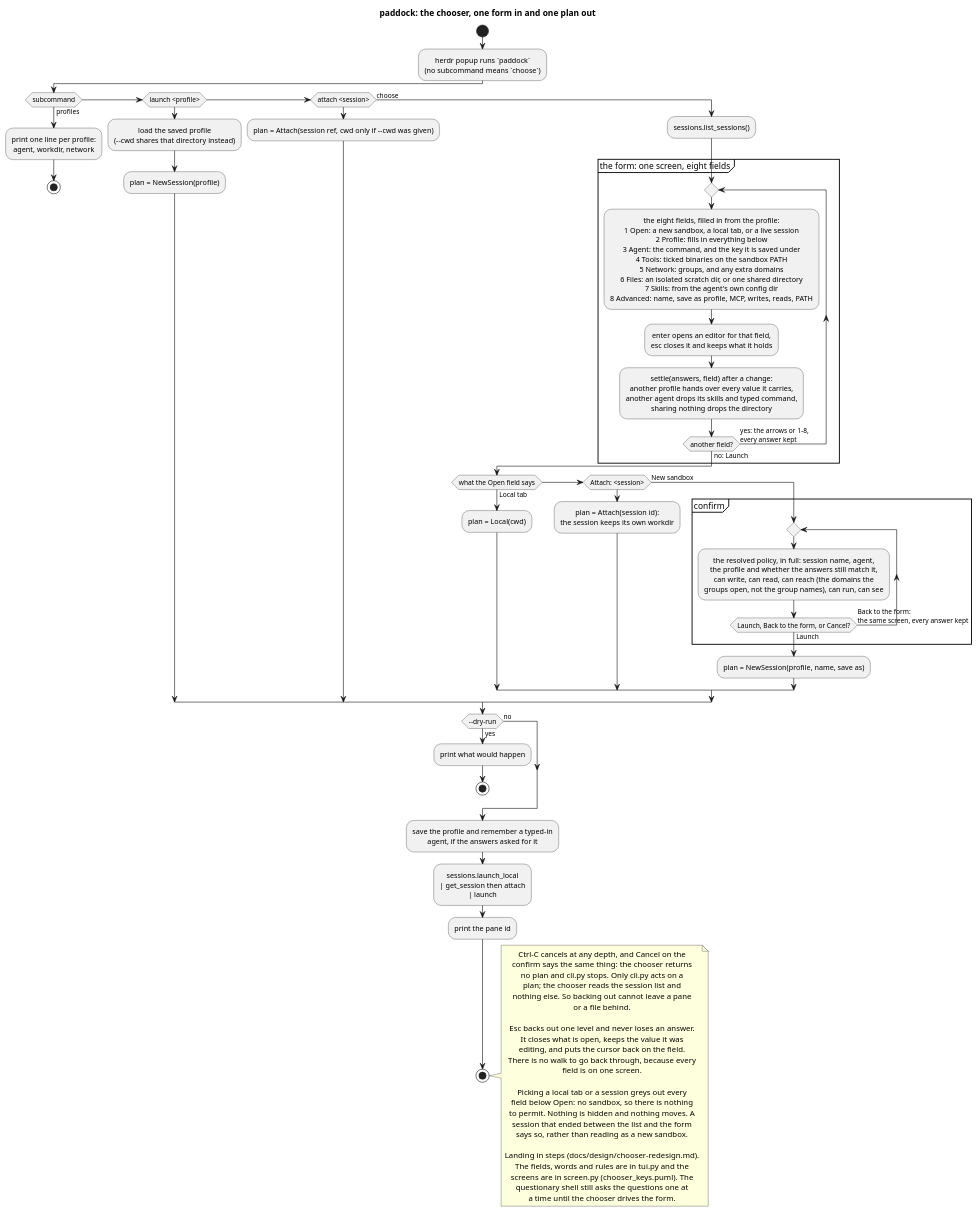
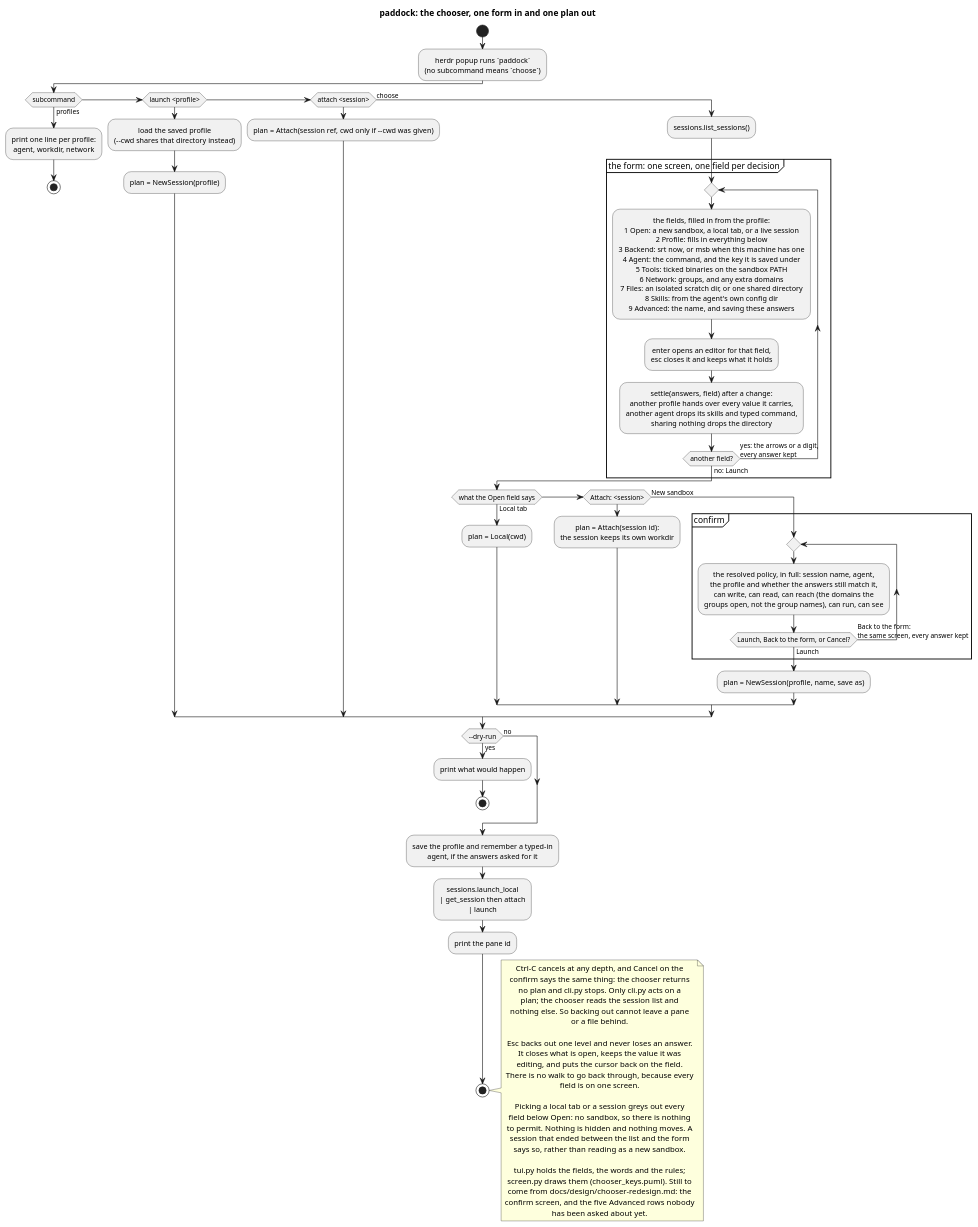
One commit to paddock-sh/paddock changed the diagram in docs/diagrams/chooser_flow.puml. Above: the diagram before and after it, drawn with PlantUML. The commit also changed 15 other files, not shown here.

```diff
--- a/docs/diagrams/chooser_flow.puml
+++ b/docs/diagrams/chooser_flow.puml
@@ -1,79 +1,79 @@
 @startuml chooser_flow
 title paddock: the chooser, one form in and one plan out
 
 skinparam shadowing false
 skinparam defaultTextAlignment center
 
 start
 :herdr popup runs `paddock`\n(no subcommand means `choose`);
 
 if (subcommand) then (profiles)
   :print one line per profile:\nagent, workdir, network;
   stop
 elseif (launch <profile>) then
   :load the saved profile\n(--cwd shares that directory instead);
   :plan = NewSession(profile);
 elseif (attach <session>) then
   :plan = Attach(session ref, cwd only if --cwd was given);
 else (choose)
   :sessions.list_sessions();
-  partition "the form: one screen, eight fields" {
+  partition "the form: one screen, one field per decision" {
     repeat
-      :the eight fields, filled in from the profile:\n1 Open: a new sandbox, a local tab, or a live session\n2 Profile: fills in everything below\n3 Agent: the command, and the key it is saved under\n4 Tools: ticked binaries on the sandbox PATH\n5 Network: groups, and any extra domains\n6 Files: an isolated scratch dir, or one shared directory\n7 Skills: from the agent's own config dir\n8 Advanced: name, save as profile, MCP, writes, reads, PATH;
+      :the fields, filled in from the profile:\n1 Open: a new sandbox, a local tab, or a live session\n2 Profile: fills in everything below\n3 Backend: srt now, or msb when this machine has one\n4 Agent: the command, and the key it is saved under\n5 Tools: ticked binaries on the sandbox PATH\n6 Network: groups, and any extra domains\n7 Files: an isolated scratch dir, or one shared directory\n8 Skills: from the agent's own config dir\n9 Advanced: the name, and saving these answers;
       :enter opens an editor for that field,\nesc closes it and keeps what it holds;
       :settle(answers, field) after a change:\nanother profile hands over every value it carries,\nanother agent drops its skills and typed command,\nsharing nothing drops the directory;
-    repeat while (another field?) is (yes: the arrows or 1-8,\nevery answer kept) not (no: Launch)
+    repeat while (another field?) is (yes: the arrows or a digit,\nevery answer kept) not (no: Launch)
   }
   if (what the Open field says) then (Local tab)
     :plan = Local(cwd);
   elseif (Attach: <session>) then
     :plan = Attach(session id):\nthe session keeps its own workdir;
   else (New sandbox)
     partition "confirm" {
       repeat
         :the resolved policy, in full: session name, agent,\nthe profile and whether the answers still match it,\ncan write, can read, can reach (the domains the\ngroups open, not the group names), can run, can see;
       repeat while (Launch, Back to the form, or Cancel?) is (Back to the form:\nthe same screen, every answer kept) not (Launch)
     }
     :plan = NewSession(profile, name, save as);
   endif
 endif
 
 if (--dry-run) then (yes)
   :print what would happen;
   stop
 else (no)
 endif
 
 :save the profile and remember a typed-in\nagent, if the answers asked for it;
 :sessions.launch_local\n| get_session then attach\n| launch;
 :print the pane id;
 stop
 
 note right
   Ctrl-C cancels at any depth, and Cancel on the
   confirm says the same thing: the chooser returns
   no plan and cli.py stops. Only cli.py acts on a
   plan; the chooser reads the session list and
   nothing else. So backing out cannot leave a pane
   or a file behind.
 
   Esc backs out one level and never loses an answer.
   It closes what is open, keeps the value it was
   editing, and puts the cursor back on the field.
   There is no walk to go back through, because every
   field is on one screen.
 
   Picking a local tab or a session greys out every
   field below Open: no sandbox, so there is nothing
   to permit. Nothing is hidden and nothing moves. A
   session that ended between the list and the form
   says so, rather than reading as a new sandbox.
 
-  Landing in steps (docs/design/chooser-redesign.md).
-  The fields, words and rules are in tui.py and the
-  screens are in screen.py (chooser_keys.puml). The
-  questionary shell still asks the questions one at
-  a time until the chooser drives the form.
+  tui.py holds the fields, the words and the rules;
+  screen.py draws them (chooser_keys.puml). Still to
+  come from docs/design/chooser-redesign.md: the
+  confirm screen, and the five Advanced rows nobody
+  has been asked about yet.
 end note
 
 @enduml
```
